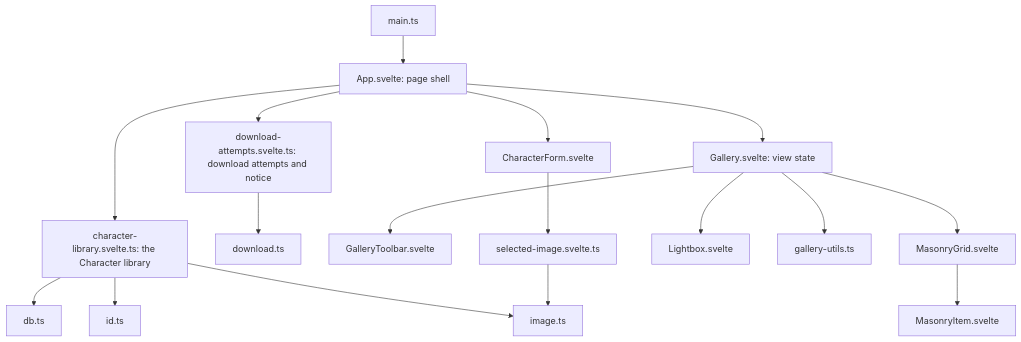
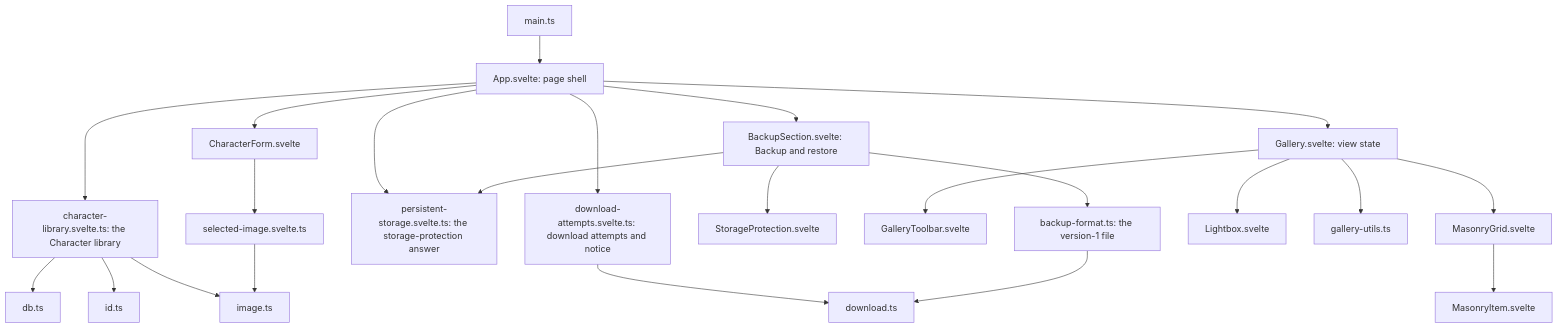
Before and after one commit to SairaDev02/sillytavern-vault: the diagram in docs/WIKI.md, drawn with Mermaid. The commit also changed other lines of this file and 3 other files, not shown here.

First line of the commit message:
docs: describe Backup, Restore, and storage protection

````diff
--- a/docs/WIKI.md
+++ b/docs/WIKI.md
@@ -52,19 +52,25 @@
 ```mermaid
 graph TD
   main["main.ts"] --> App
   App["App.svelte: page shell"] --> characterLibrary["character-library.svelte.ts: the Character library"]
   App --> downloads["download-attempts.svelte.ts: download attempts and notice"]
+  App --> protection["persistent-storage.svelte.ts: the storage-protection answer"]
   App --> Gallery
   App --> CharacterForm["CharacterForm.svelte"]
+  App --> backupSection["BackupSection.svelte: Backup and restore"]
   characterLibrary --> db["db.ts"]
   characterLibrary --> id["id.ts"]
   characterLibrary --> image["image.ts"]
   downloads --> download["download.ts"]
+  backupSection --> backupFormat["backup-format.ts: the version-1 file"]
+  backupSection --> protection
+  backupSection --> storageProtection["StorageProtection.svelte"]
+  backupFormat --> download
   Gallery["Gallery.svelte: view state"] --> GalleryToolbar["GalleryToolbar.svelte"]
   Gallery --> MasonryGrid["MasonryGrid.svelte"]
   Gallery --> Lightbox["Lightbox.svelte"]
   Gallery --> galleryUtils["gallery-utils.ts"]
   MasonryGrid --> MasonryItem["MasonryItem.svelte"]
   CharacterForm --> selectedImage["selected-image.svelte.ts"]
   selectedImage --> image
 ```
````
